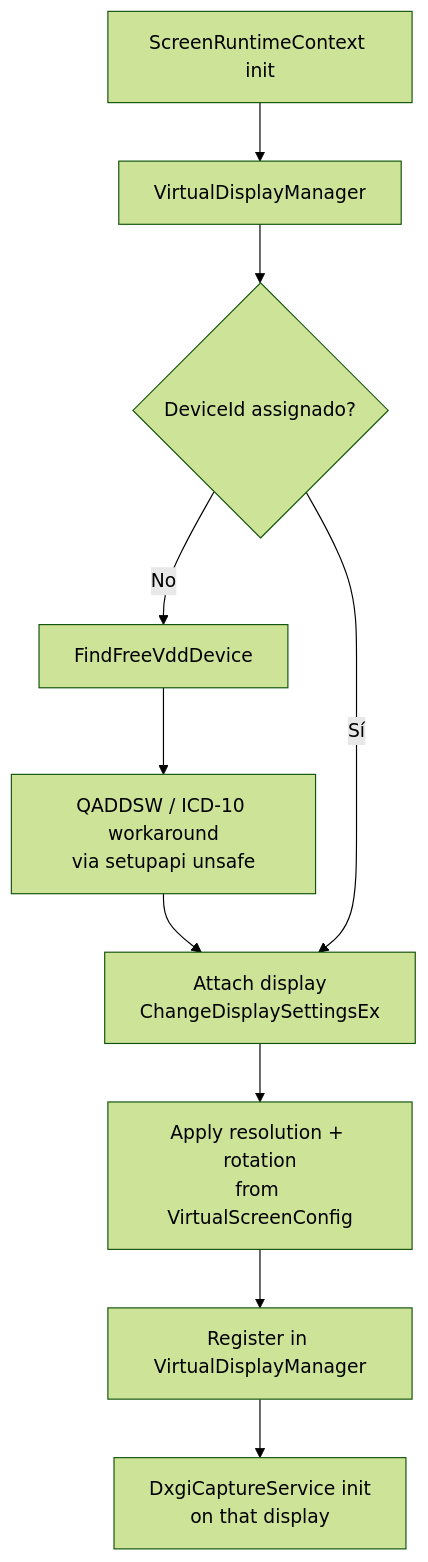
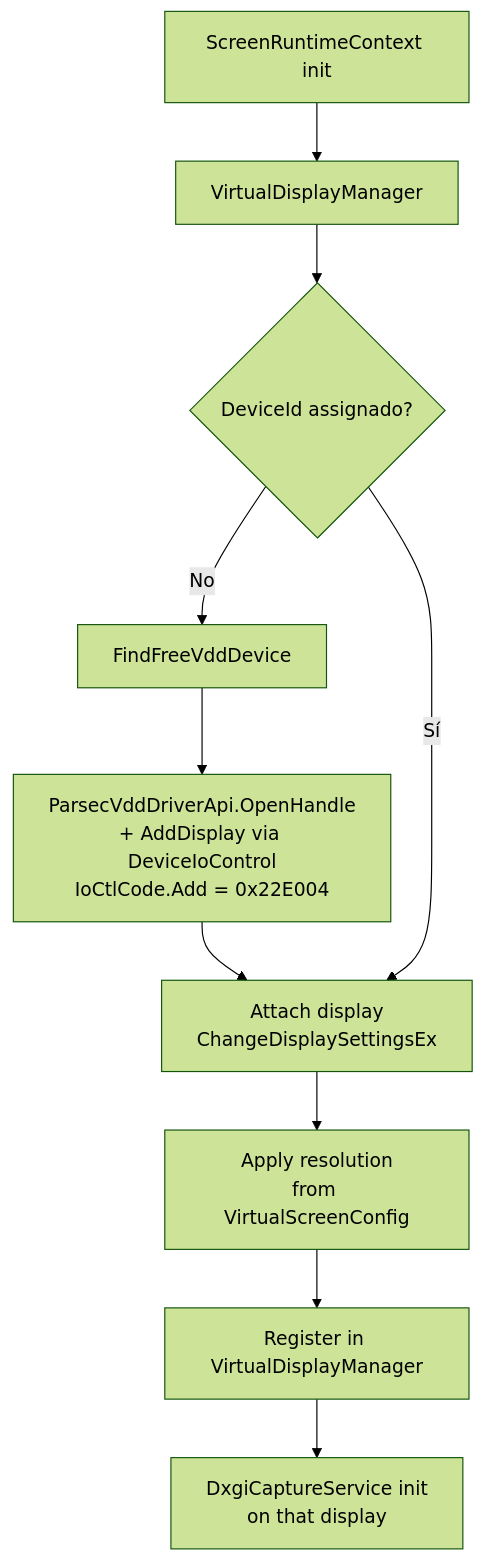
One commit to quiro90/VirtualWebDisplay changed the diagram in VirtualWebDisplay/Flujos/Creación de Pantalla Virtual.md. Above: the diagram before and after it, drawn with Mermaid (forest theme). The commit also changed other lines of this file and 24 other files, not shown here.

````diff
--- a/VirtualWebDisplay/Flujos/Creación de Pantalla Virtual.md
+++ b/VirtualWebDisplay/Flujos/Creación de Pantalla Virtual.md
@@ -14,12 +14,12 @@
 ```mermaid
 flowchart TD
     A[ScreenRuntimeContext init] --> B[VirtualDisplayManager]
     B --> C{DeviceId assignado?}
     C -- No --> D[FindFreeVddDevice]
-    D --> E[QADDSW / ICD-10 workaround<br/>via setupapi unsafe]
+    D --> E[ParsecVddDriverApi.OpenHandle<br/>+ AddDisplay via DeviceIoControl<br/>IoCtlCode.Add = 0x22E004]
     E --> F[Attach display<br/>ChangeDisplaySettingsEx]
     C -- Sí --> F
-    F --> G[Apply resolution + rotation<br/>from VirtualScreenConfig]
+    F --> G[Apply resolution<br/>from VirtualScreenConfig]
     G --> H[Register in VirtualDisplayManager]
     H --> I[DxgiCaptureService init<br/>on that display]
 ```
````
